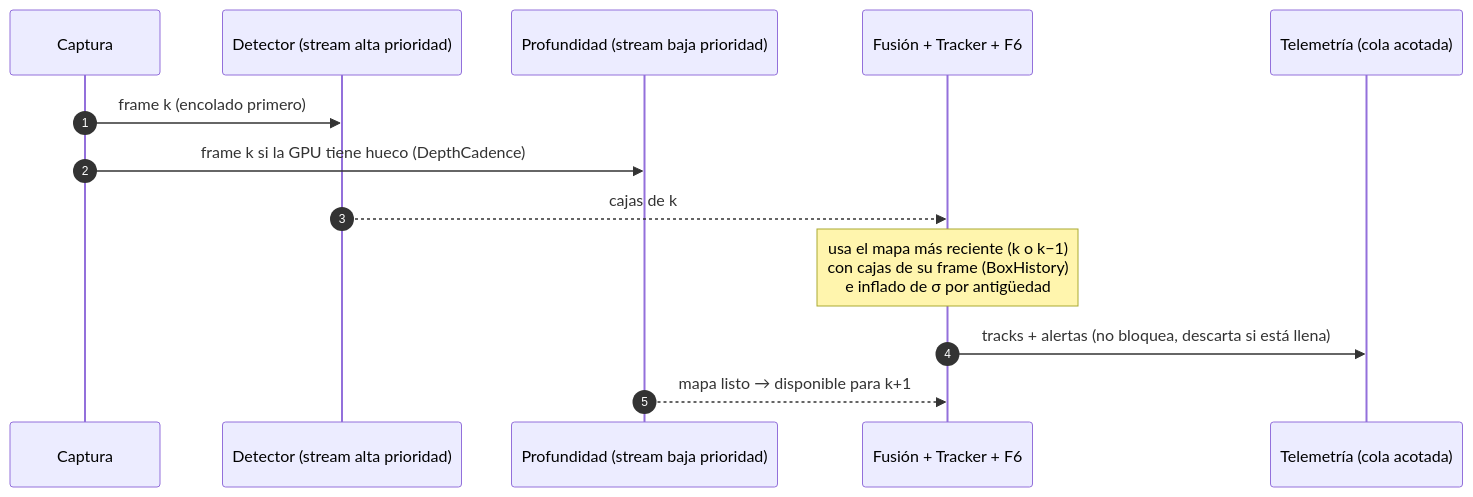
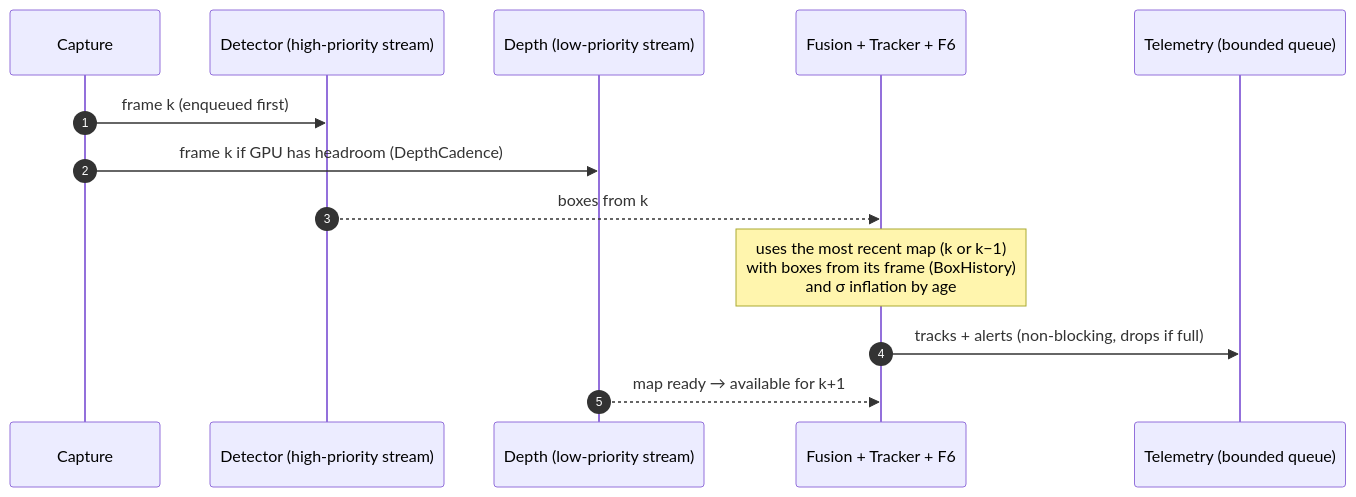
One commit to aiambo08/perception3d changed the second of 2 diagrams in README.md. Above: the diagram before and after it, drawn with Mermaid. The commit also changed other lines of this file and 22 other files, not shown here.

````diff
--- a/README.md
+++ b/README.md
@@ -103,16 +105,16 @@
 ```mermaid
 sequenceDiagram
     autonumber
-    participant C as Captura
-    participant D as Detector (stream alta prioridad)
-    participant P as Profundidad (stream baja prioridad)
-    participant F as Fusión + Tracker + F6
-    participant T as Telemetría (cola acotada)
+    participant C as Capture
+    participant D as Detector (high-priority stream)
+    participant P as Depth (low-priority stream)
+    participant F as Fusion + Tracker + F6
+    participant T as Telemetry (bounded queue)
 
-    C->>D: frame k (encolado primero)
-    C->>P: frame k si la GPU tiene hueco (DepthCadence)
-    D-->>F: cajas de k
-    Note over F: usa el mapa más reciente (k o k−1)<br/>con cajas de su frame (BoxHistory)<br/>e inflado de σ por antigüedad
-    F->>T: tracks + alertas (no bloquea, descarta si está llena)
-    P-->>F: mapa listo → disponible para k+1
+    C->>D: frame k (enqueued first)
+    C->>P: frame k if GPU has headroom (DepthCadence)
+    D-->>F: boxes from k
+    Note over F: uses the most recent map (k or k−1)<br/>with boxes from its frame (BoxHistory)<br/>and σ inflation by age
+    F->>T: tracks + alerts (non-blocking, drops if full)
+    P-->>F: map ready → available for k+1
 ```
````
